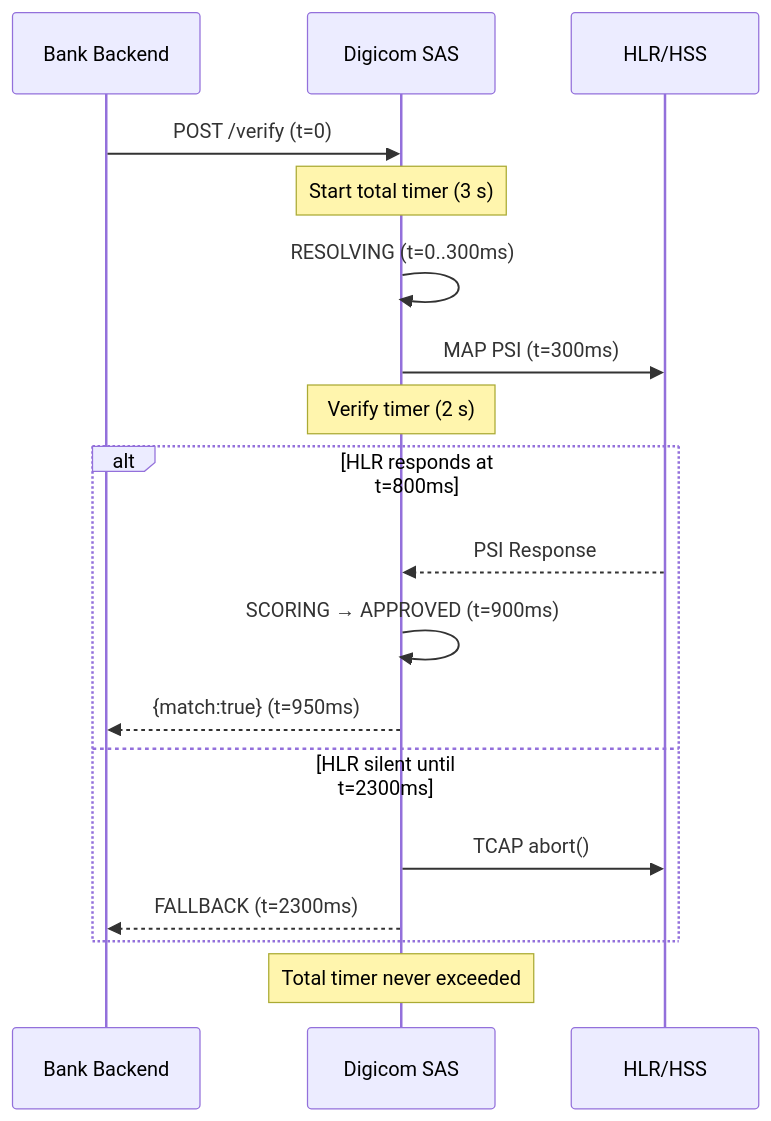
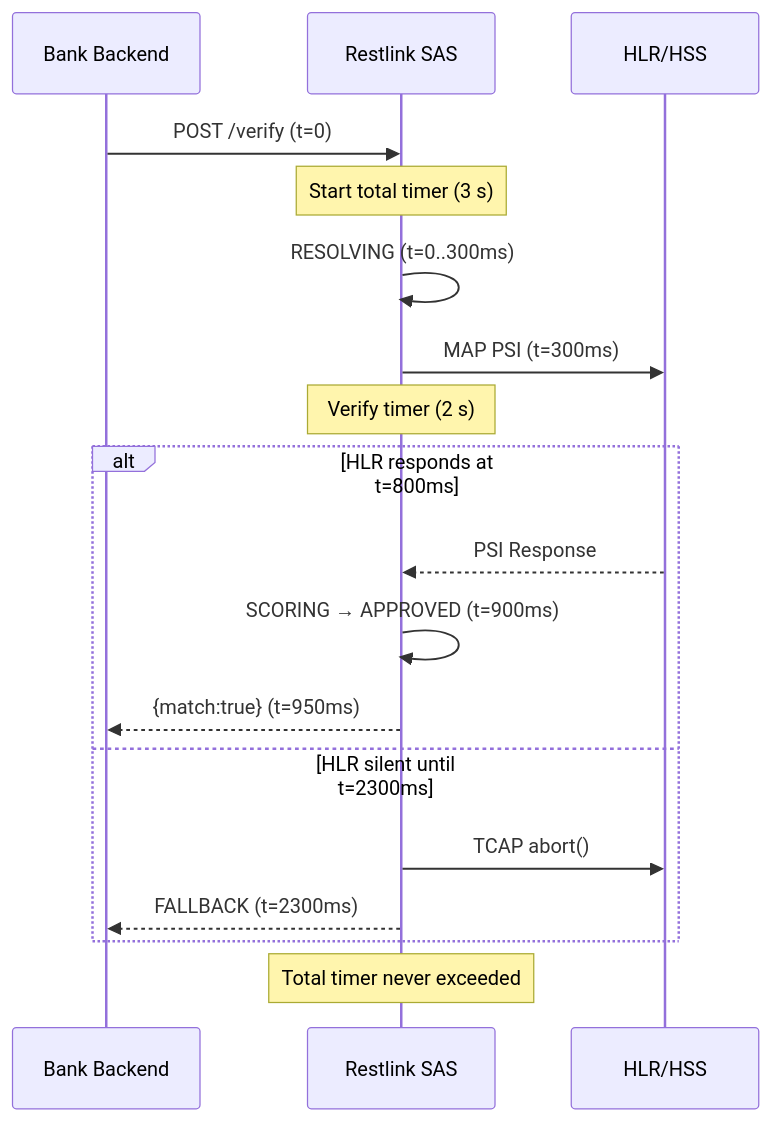
The second of 3 diagrams in proposal/chapters/06_sas_fsm_timeouts.md (nhanth87/silent-authentication), drawn with Mermaid before and after one commit. The commit also changed other lines of this file and 27 other files, not shown here.

````diff
--- a/proposal/chapters/06_sas_fsm_timeouts.md
+++ b/proposal/chapters/06_sas_fsm_timeouts.md
@@ -98,21 +98,21 @@
 ```mermaid
 sequenceDiagram
     participant BE as Bank Backend
-    participant SAS as Digicom SAS
+    participant SAS as Restlink SAS
     participant HLR as HLR/HSS
 
     BE->>SAS: POST /verify (t=0)
     Note over SAS: Start total timer (3 s)
     SAS->>SAS: RESOLVING (t=0..300ms)
     SAS->>HLR: MAP PSI (t=300ms)
     Note over SAS: Verify timer (2 s)
     alt HLR responds at t=800ms
         HLR-->>SAS: PSI Response
         SAS->>SAS: SCORING → APPROVED (t=900ms)
         SAS-->>BE: {match:true} (t=950ms)
     else HLR silent until t=2300ms
         SAS->>HLR: TCAP abort()
         SAS-->>BE: FALLBACK (t=2300ms)
     end
     Note over SAS: Total timer never exceeded
 ```
````
